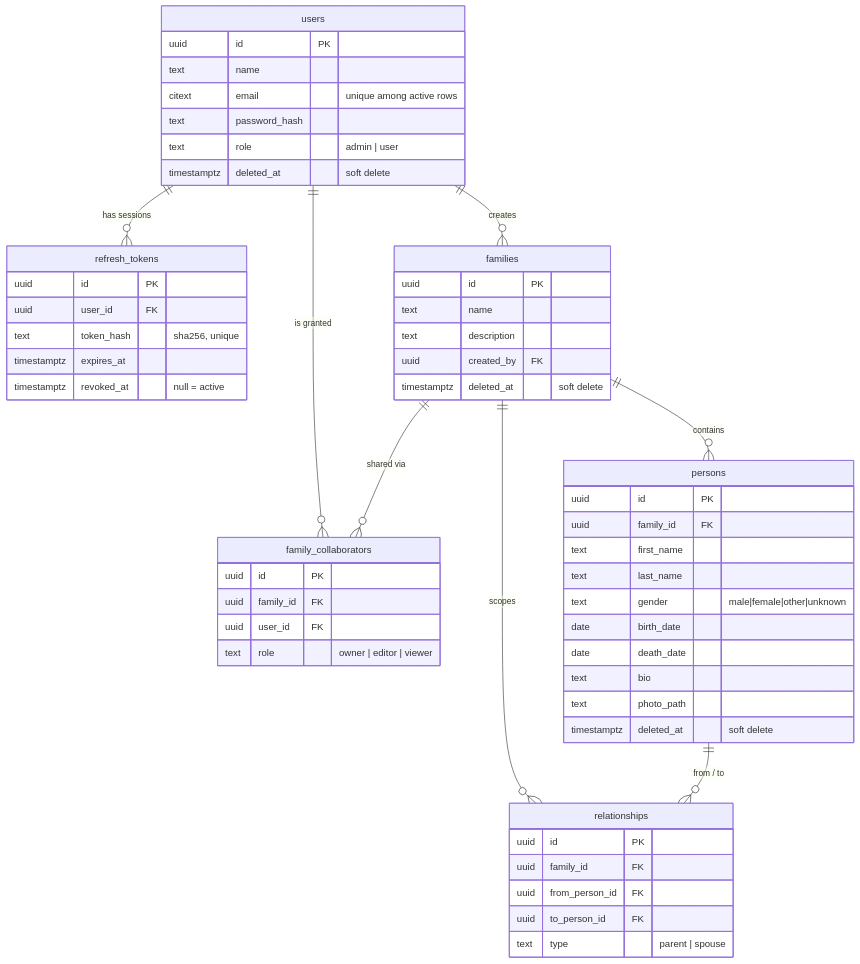
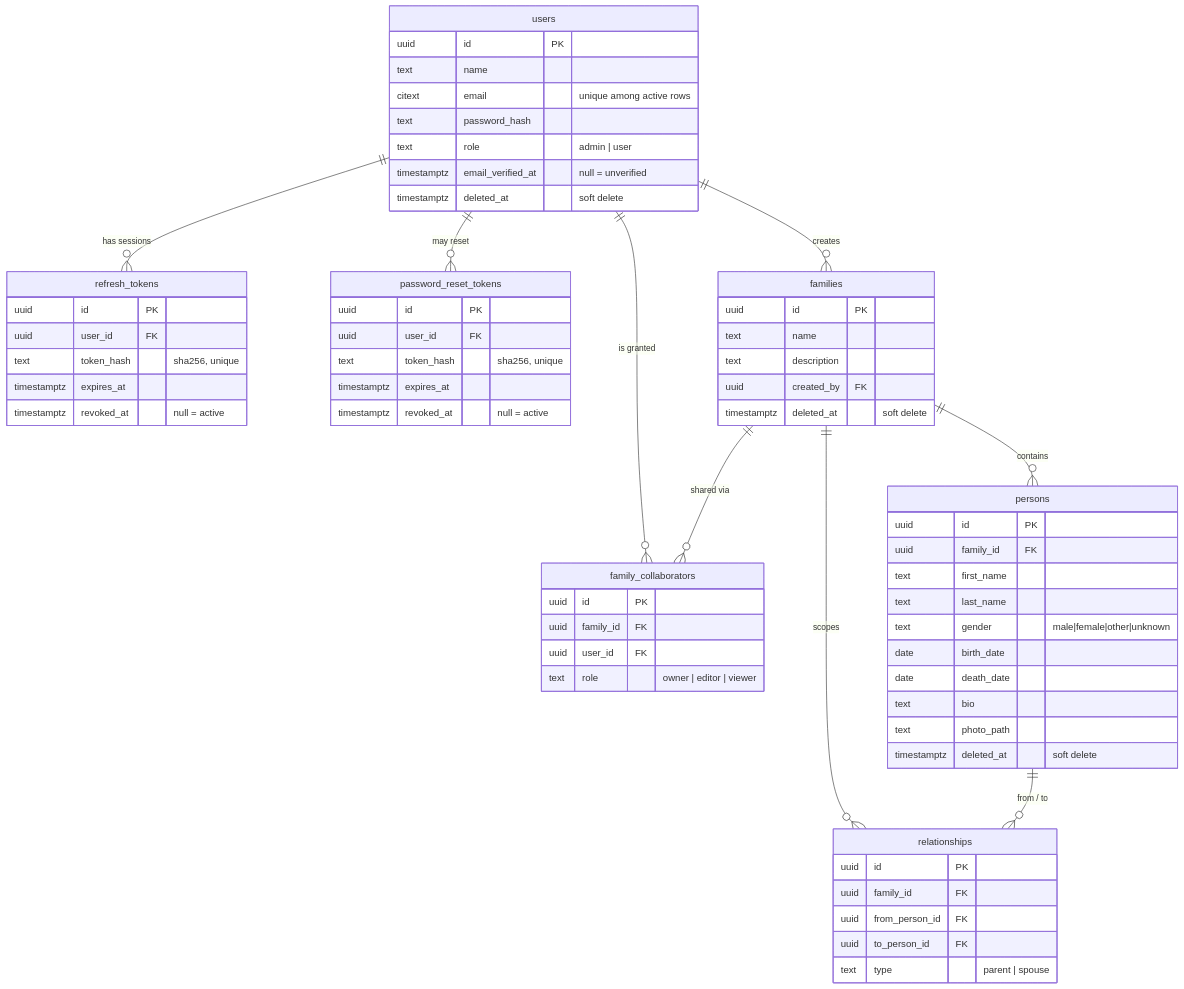
One commit to twkakbar/family-tree changed the diagram in docs/DATABASE.md. Above: the diagram before and after it, drawn with Mermaid. The commit also changed other lines of this file and 156 other files, not shown here.

````diff
--- a/docs/DATABASE.md
+++ b/docs/DATABASE.md
@@ -8,58 +8,67 @@
 ```mermaid
 erDiagram
     users {
         uuid id PK
         text name
         citext email "unique among active rows"
         text password_hash
         text role "admin | user"
+        timestamptz email_verified_at "null = unverified"
         timestamptz deleted_at "soft delete"
     }
     refresh_tokens {
+        uuid id PK
+        uuid user_id FK
+        text token_hash "sha256, unique"
+        timestamptz expires_at
+        timestamptz revoked_at "null = active"
+    }
+    password_reset_tokens {
         uuid id PK
         uuid user_id FK
         text token_hash "sha256, unique"
         timestamptz expires_at
         timestamptz revoked_at "null = active"
     }
     families {
         uuid id PK
         text name
         text description
         uuid created_by FK
         timestamptz deleted_at "soft delete"
     }
     family_collaborators {
         uuid id PK
         uuid family_id FK
         uuid user_id FK
         text role "owner | editor | viewer"
     }
     persons {
         uuid id PK
         uuid family_id FK
         text first_name
         text last_name
         text gender "male|female|other|unknown"
         date birth_date
         date death_date
         text bio
         text photo_path
         timestamptz deleted_at "soft delete"
     }
     relationships {
         uuid id PK
         uuid family_id FK
         uuid from_person_id FK
         uuid to_person_id FK
         text type "parent | spouse"
     }
 
     users ||--o{ refresh_tokens : "has sessions"
+    users ||--o{ password_reset_tokens : "may reset"
     users ||--o{ families : creates
     users ||--o{ family_collaborators : "is granted"
     families ||--o{ family_collaborators : "shared via"
     families ||--o{ persons : contains
     families ||--o{ relationships : scopes
     persons ||--o{ relationships : "from / to"
 ```
````
